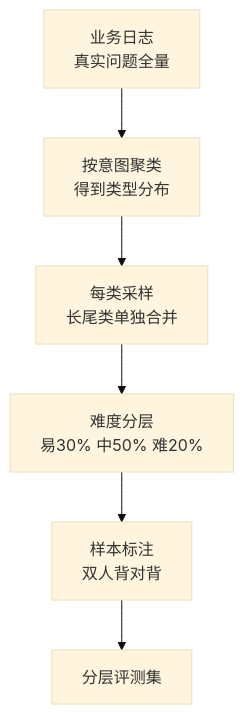
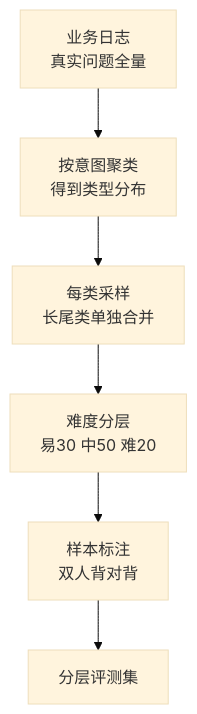
The first of 2 diagrams in vault/工程知识/AI 系统工程：从模型能力到生产能力/质量与运营/评测集的构建与维护：从场景采样到难度分层.md (hub138/technical-knowledge), drawn with Mermaid (base theme) before and after one commit. The commit also changed other lines of this file and 622 other files, not shown here.

````diff
--- a/vault/工程知识/AI 系统工程：从模型能力到生产能力/质量与运营/评测集的构建与维护：从场景采样到难度分层.md
+++ b/vault/工程知识/AI 系统工程：从模型能力到生产能力/质量与运营/评测集的构建与维护：从场景采样到难度分层.md
@@ -32,8 +42,8 @@
 ```mermaid
 flowchart TB
     a["业务日志<br/>真实问题全量"] --> b["按意图聚类<br/>得到类型分布"]
     b --> c["每类采样<br/>长尾类单独合并"]
-    c --> d["难度分层<br/>易30% 中50% 难20%"]
+    c --> d["难度分层<br/>易30 中50 难20"]
     d --> e["样本标注<br/>双人背对背"]
     e --> f["分层评测集"]
 ```
````
